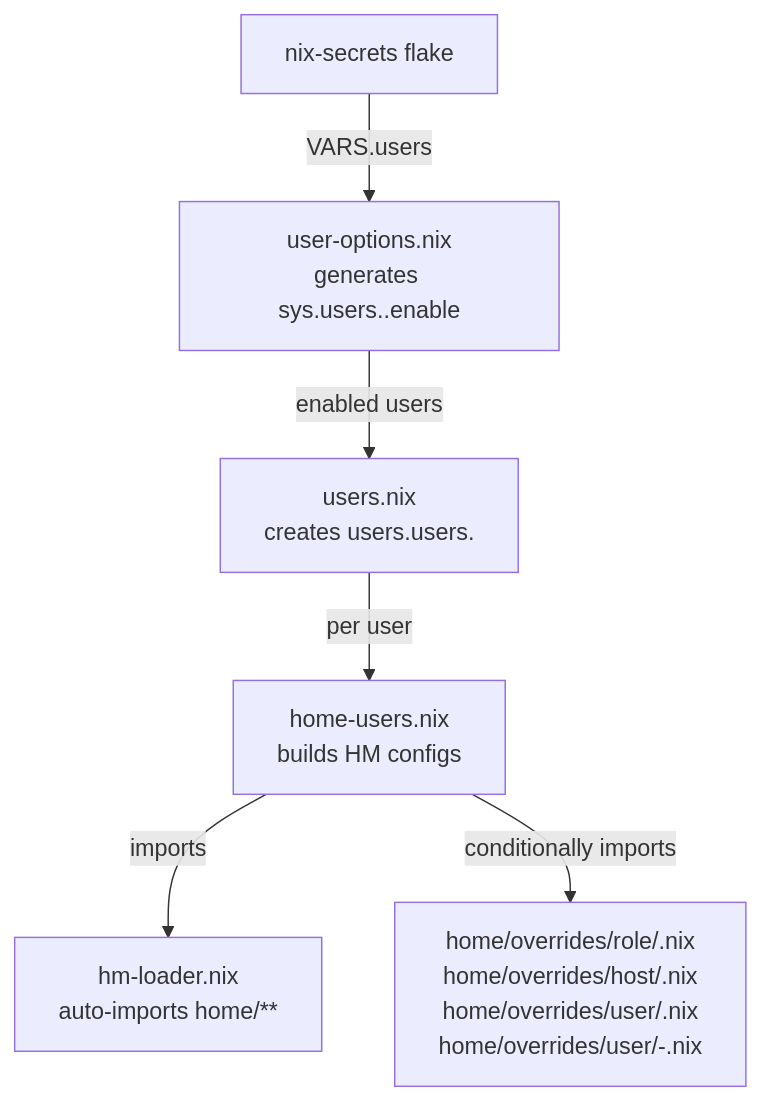
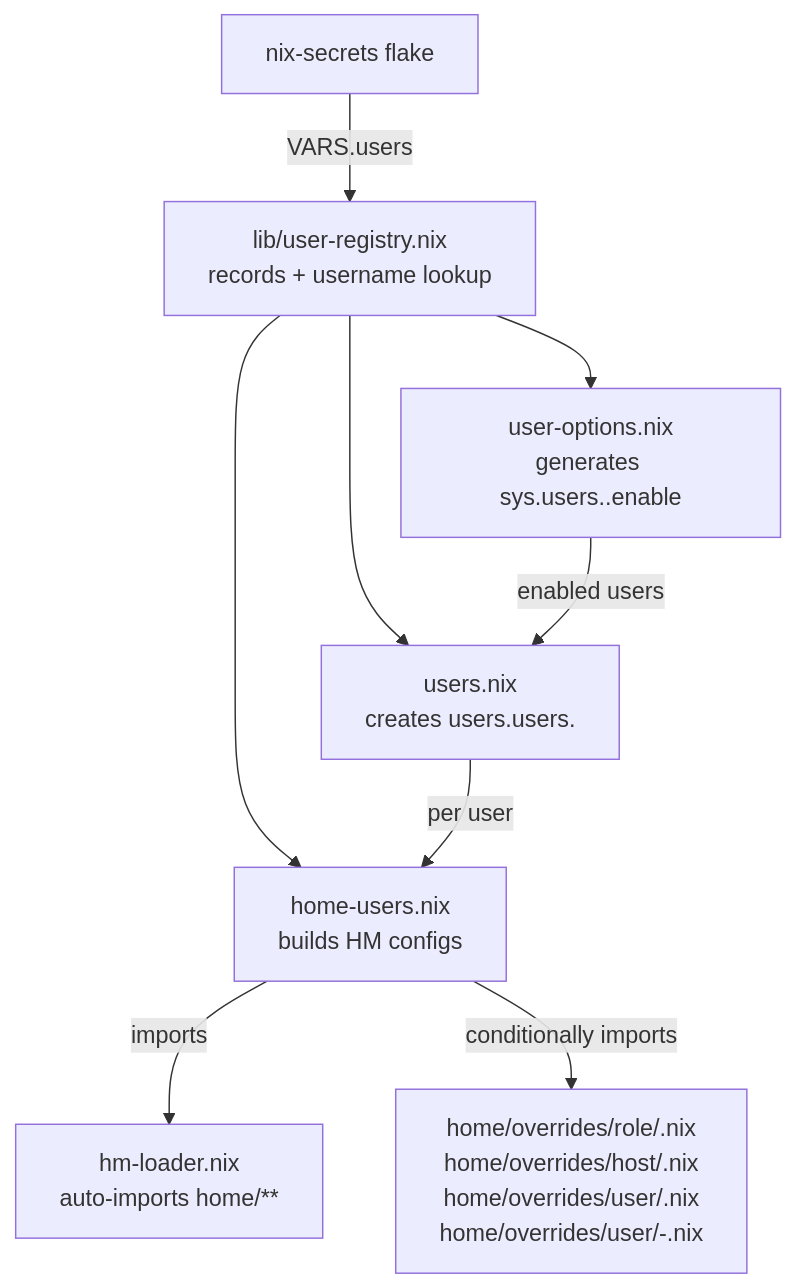
Before and after one commit to telometto/nix-config: the diagram in modules/core/README.md, drawn with Mermaid. The commit also changed other lines of this file and 9 other files, not shown here.

First line of the commit message:
refactor(users): share user registry normalization

````diff
--- a/modules/core/README.md
+++ b/modules/core/README.md
@@ -30,8 +30,11 @@
 ```mermaid
 flowchart TD
-    NS["nix-secrets flake"] -->|"VARS.users"| UO["user-options.nix\ngenerates sys.users.<name>.enable"]
+    NS["nix-secrets flake"] -->|"VARS.users"| R["lib/user-registry.nix\nrecords + username lookup"]
+    R --> UO["user-options.nix\ngenerates sys.users.<name>.enable"]
+    R --> UN
+    R --> HU
     UO -->|"enabled users"| UN["users.nix\ncreates users.users.<name>"]
     UN -->|"per user"| HU["home-users.nix\nbuilds HM configs"]
     HU -->|"imports"| HL["hm-loader.nix\nauto-imports home/**"]
     HU -->|"conditionally imports"| HO["home/overrides/role/<role>.nix\nhome/overrides/host/<host>.nix\nhome/overrides/user/<user>.nix\nhome/overrides/user/<user>-<host>.nix"]
 ```
````
